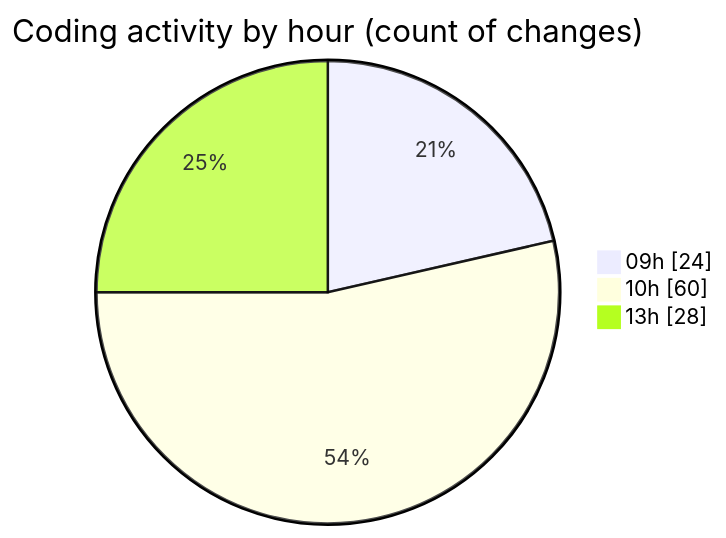
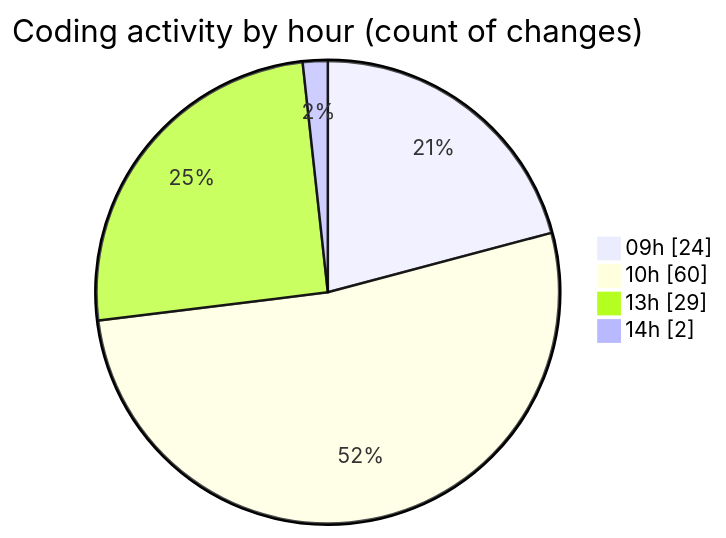
Before and after one commit to momahboobian/code-tracking: the second of 2 diagrams in 2025-10-07/cda/README.md, drawn with Mermaid. The commit also changed other lines of this file and 1 other file, not shown here.

````diff
--- a/2025-10-07/cda/README.md
+++ b/2025-10-07/cda/README.md
@@ -38,7 +38,8 @@
 ```mermaid
 pie showData
 title Coding activity by hour (count of changes)
 "09h" : 24
 "10h" : 60
-"13h" : 28
+"13h" : 29
+"14h" : 2
 ```
````
